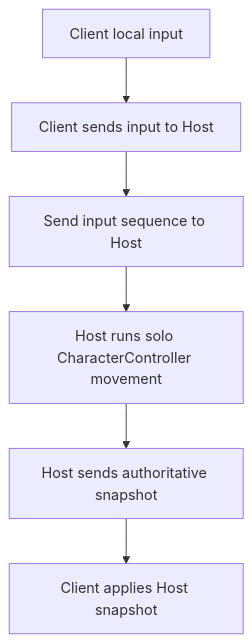
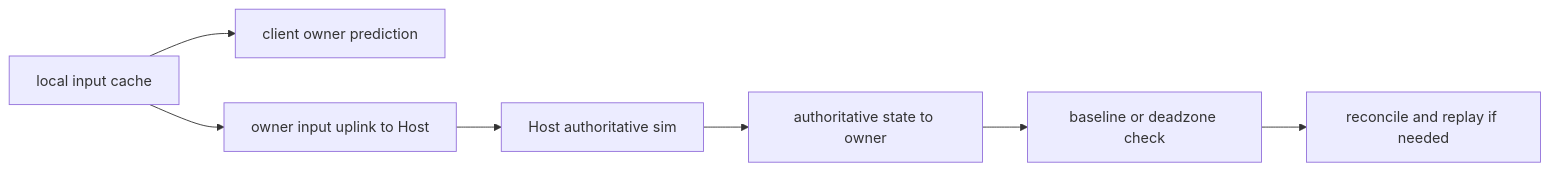
The diagram in docs/technical/multiplayer/Multiplayer_Client_Movement.md (BallTank/BossRaidPortfolio), drawn with Mermaid before and after one commit. The commit also changed other lines of this file and 12 other files, not shown here.

````diff
--- a/docs/technical/multiplayer/Multiplayer_Client_Movement.md
+++ b/docs/technical/multiplayer/Multiplayer_Client_Movement.md
@@ -101,11 +59,9 @@
 ```mermaid
-flowchart TD
-    A[Client local input]
-    B[Client sends input to Host]
-    C[Send input sequence to Host]
-    D[Host runs solo CharacterController movement]
-    E[Host sends authoritative snapshot]
-    F[Client applies Host snapshot]
-
-    A --> B --> C --> D --> E --> F
+flowchart LR
+    A[local input cache] --> B[client owner prediction]
+    A --> C[owner input uplink to Host]
+    C --> D[Host authoritative sim]
+    D --> E[authoritative state to owner]
+    E --> F[baseline or deadzone check]
+    F --> G[reconcile and replay if needed]
 ```
````
